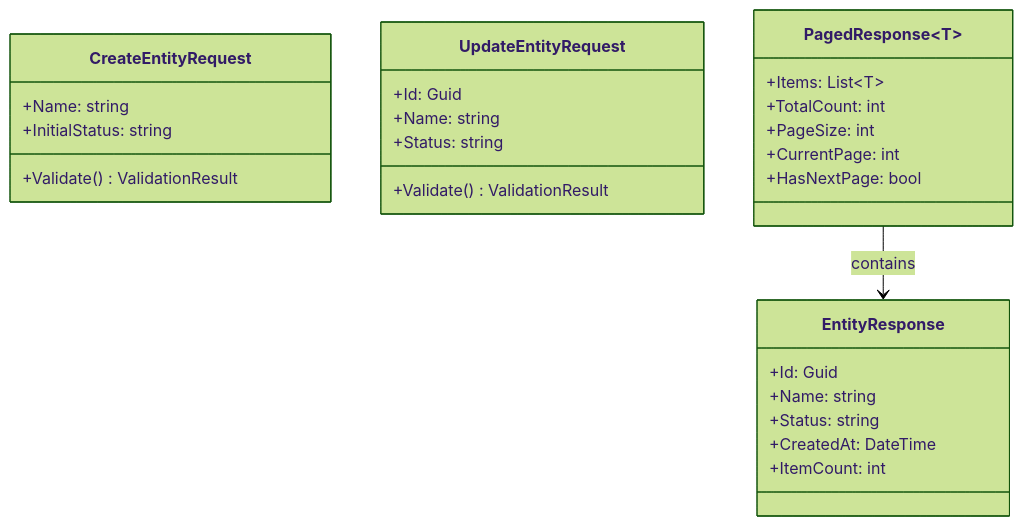
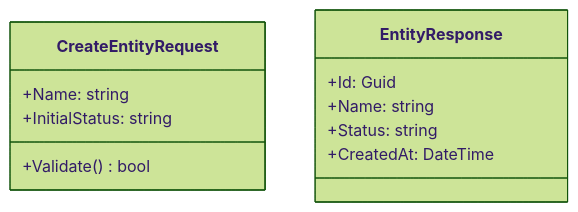
Before and after one commit to frostaura/ai.toolkit.gaia: the fifth of 6 diagrams in .gaia/designs/2-class.md, drawn with Mermaid (forest theme). The commit also changed other lines of this file and 4 other files, not shown here.

````diff
--- a/.gaia/designs/2-class.md
+++ b/.gaia/designs/2-class.md
@@ -223,33 +127,15 @@
 ```mermaid
 classDiagram
     class CreateEntityRequest {
         +Name: string
         +InitialStatus: string
-        +Validate() ValidationResult
+        +Validate() bool
     }
     
     class EntityResponse {
         +Id: Guid
         +Name: string
         +Status: string
         +CreatedAt: DateTime
-        +ItemCount: int
     }
-    
-    class UpdateEntityRequest {
-        +Id: Guid
-        +Name: string
-        +Status: string
-        +Validate() ValidationResult
-    }
-    
-    class PagedResponse~T~ {
-        +Items: List~T~
-        +TotalCount: int
-        +PageSize: int
-        +CurrentPage: int
-        +HasNextPage: bool
-    }
-    
-    PagedResponse --> EntityResponse: contains
 ```
````
